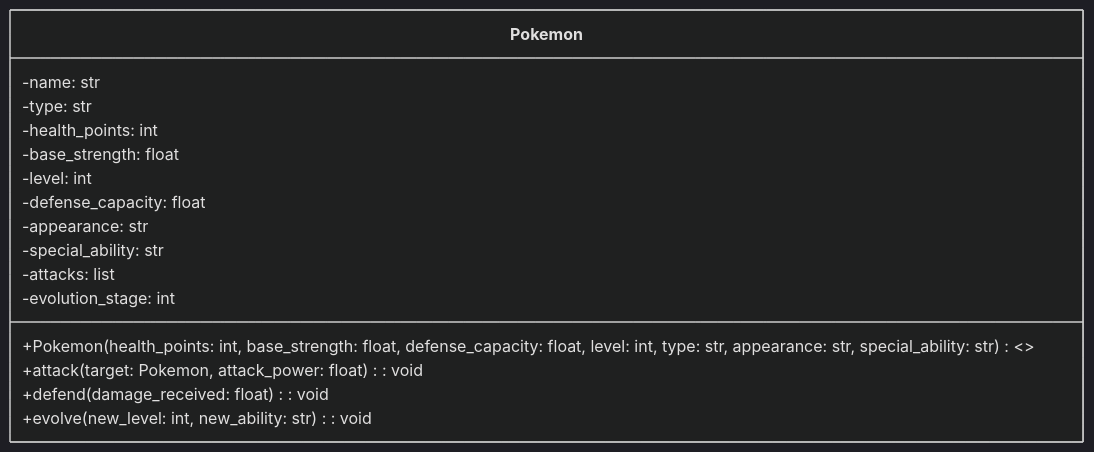
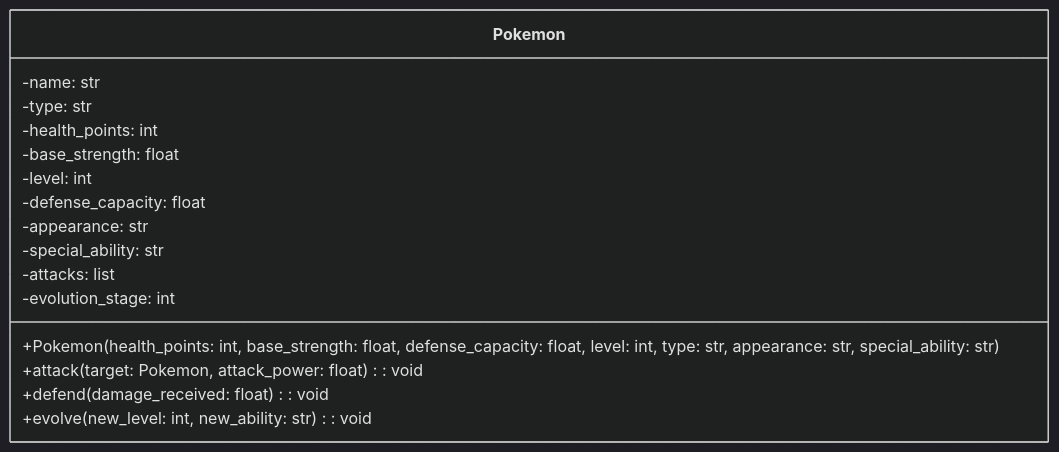
The diagram in README.md (SamuelRojas09/POKE), drawn with Mermaid (dark theme) before and after one commit.

````diff
--- a/README.md
+++ b/README.md
@@ -108,23 +108,23 @@
 ```mermaid
 classDiagram
     direction TB
 
     class Pokemon {
         -name: str
         -type: str
         -health_points: int
         -base_strength: float
         -level: int
         -defense_capacity: float
         -appearance: str
         -special_ability: str
         -attacks: list
         -evolution_stage: int
 
-        +Pokemon(health_points: int, base_strength: float, defense_capacity: float, level: int, type: str, appearance: str, special_ability: str) <<create>>
+        +Pokemon(health_points: int, base_strength: float, defense_capacity: float, level: int, type: str, appearance: str, special_ability: str) 
 
         +attack(target: Pokemon, attack_power: float): void
         +defend(damage_received: float): void
         +evolve(new_level: int, new_ability: str): void
     }
 ```
````
